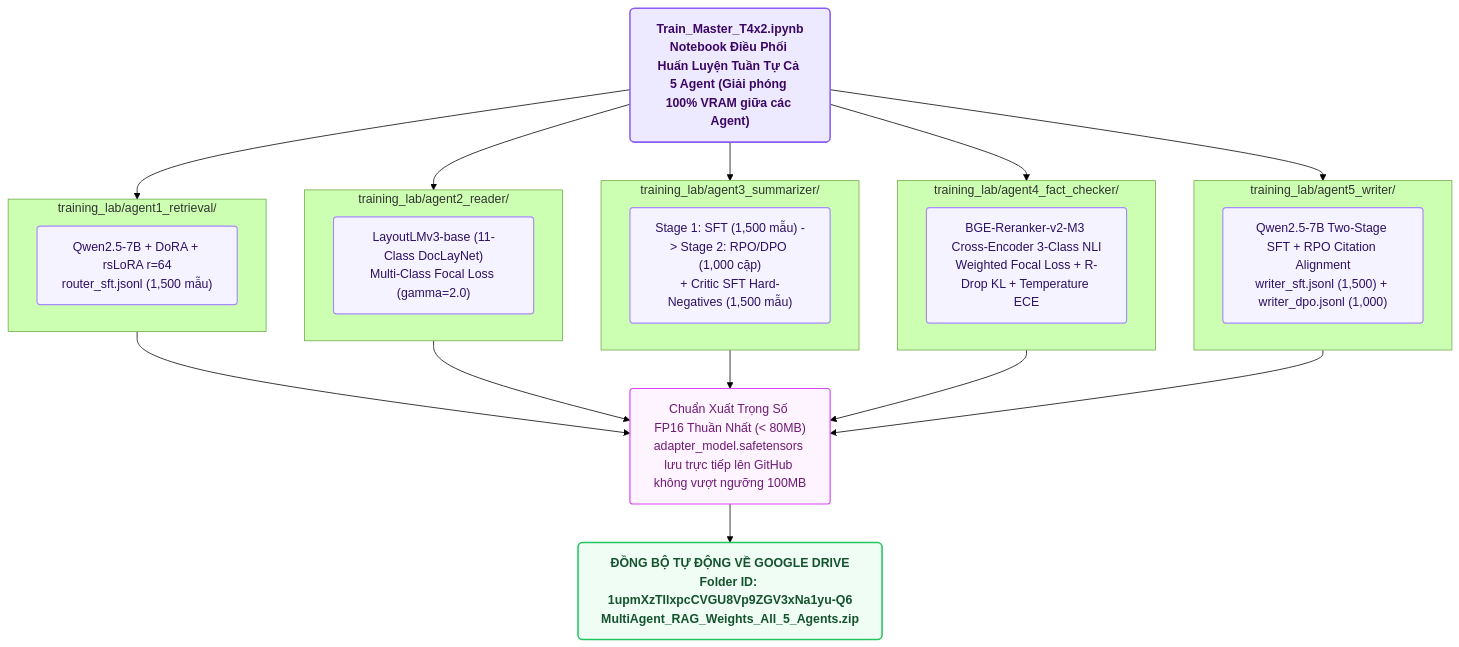
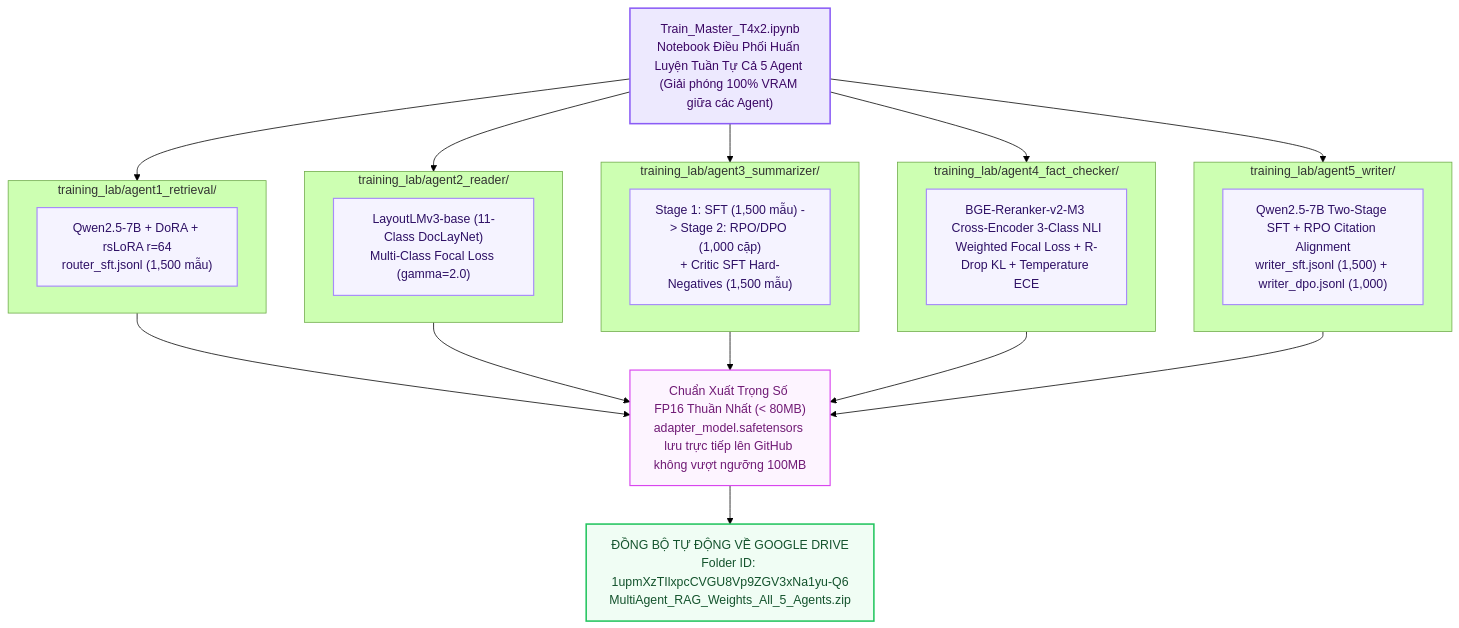
One commit to ducmanh-jr/Multi-Agent_RAG changed the diagram in reports/07_PHONG_THI_NGHIEM_TRAINING_LAB.md. Above: the diagram before and after it, drawn with Mermaid (forest theme). The commit also changed other lines of this file and 8 other files, not shown here.

Commit message:
fix(reports): resolve Mermaid syntax error (remove invalid rx/ry, clean node labels) and decouple Agent 0 from core 5-agent pipeline

````diff
--- a/reports/07_PHONG_THI_NGHIEM_TRAINING_LAB.md
+++ b/reports/07_PHONG_THI_NGHIEM_TRAINING_LAB.md
@@ -12,46 +12,51 @@
 ```mermaid
 flowchart TD
-    classDef masterNode fill:#ede9fe,stroke:#8b5cf6,stroke-width:2px,color:#3b0764,font-weight:bold,rx:6,ry:6;
-    classDef agentBox fill:#f5f3ff,stroke:#a78bfa,stroke-width:1.5px,color:#2e1065,rx:4,ry:4;
-    classDef sotaNode fill:#fdf4ff,stroke:#d946ef,stroke-width:1.5px,color:#701a75,rx:4,ry:4;
-    classDef driveNode fill:#f0fdf4,stroke:#22c55e,stroke-width:2px,color:#14532d,font-weight:bold,rx:6,ry:6;
-
-    MASTER["Train_Master_T4x2.ipynb<br/>Notebook Điều Phối Huấn Luyện Tuần Tự Cả 5 Agent (Giải phóng 100% VRAM giữa các Agent)"]:::masterNode
+    MASTER["Train_Master_T4x2.ipynb<br/>Notebook Điều Phối Huấn Luyện Tuần Tự Cả 5 Agent (Giải phóng 100% VRAM giữa các Agent)"]
 
     subgraph A1 ["training_lab/agent1_retrieval/"]
-        A1_M["Qwen2.5-7B + DoRA + rsLoRA r=64<br/>router_sft.jsonl (1,500 mẫu)"]:::agentBox
+        A1_M["Qwen2.5-7B + DoRA + rsLoRA r=64<br/>router_sft.jsonl (1,500 mẫu)"]
     end
 
     subgraph A2 ["training_lab/agent2_reader/"]
-        A2_M["LayoutLMv3-base (11-Class DocLayNet)<br/>Multi-Class Focal Loss (gamma=2.0)"]:::agentBox
+        A2_M["LayoutLMv3-base (11-Class DocLayNet)<br/>Multi-Class Focal Loss (gamma=2.0)"]
     end
 
     subgraph A3 ["training_lab/agent3_summarizer/"]
-        A3_M["Stage 1: SFT (1,500 mẫu) -> Stage 2: RPO/DPO (1,000 cặp)<br/>+ Critic SFT Hard-Negatives (1,500 mẫu)"]:::agentBox
+        A3_M["Stage 1: SFT (1,500 mẫu) -> Stage 2: RPO/DPO (1,000 cặp)<br/>+ Critic SFT Hard-Negatives (1,500 mẫu)"]
     end
 
     subgraph A4 ["training_lab/agent4_fact_checker/"]
-        A4_M["BGE-Reranker-v2-M3 Cross-Encoder 3-Class NLI<br/>Weighted Focal Loss + R-Drop KL + Temperature ECE"]:::agentBox
+        A4_M["BGE-Reranker-v2-M3 Cross-Encoder 3-Class NLI<br/>Weighted Focal Loss + R-Drop KL + Temperature ECE"]
     end
 
     subgraph A5 ["training_lab/agent5_writer/"]
-        A5_M["Qwen2.5-7B Two-Stage SFT + RPO Citation Alignment<br/>writer_sft.jsonl (1,500) + writer_dpo.jsonl (1,000)"]:::agentBox
+        A5_M["Qwen2.5-7B Two-Stage SFT + RPO Citation Alignment<br/>writer_sft.jsonl (1,500) + writer_dpo.jsonl (1,000)"]
     end
 
-    SOTA["Chuẩn Xuất Trọng Số FP16 Thuần Nhất (< 80MB)<br/>adapter_model.safetensors lưu trực tiếp lên GitHub không vượt ngưỡng 100MB"]:::sotaNode
-    DRIVE["ĐỒNG BỘ TỰ ĐỘNG VỀ GOOGLE DRIVE<br/>Folder ID: 1upmXzTIlxpcCVGU8Vp9ZGV3xNa1yu-Q6<br/>MultiAgent_RAG_Weights_All_5_Agents.zip"]:::driveNode
+    SOTA["Chuẩn Xuất Trọng Số FP16 Thuần Nhất (< 80MB)<br/>adapter_model.safetensors lưu trực tiếp lên GitHub không vượt ngưỡng 100MB"]
+    DRIVE["ĐỒNG BỘ TỰ ĐỘNG VỀ GOOGLE DRIVE<br/>Folder ID: 1upmXzTIlxpcCVGU8Vp9ZGV3xNa1yu-Q6<br/>MultiAgent_RAG_Weights_All_5_Agents.zip"]
 
     MASTER --> A1
     MASTER --> A2
     MASTER --> A3
     MASTER --> A4
     MASTER --> A5
 
     A1 --> SOTA
     A2 --> SOTA
     A3 --> SOTA
     A4 --> SOTA
     A5 --> SOTA
 
     SOTA --> DRIVE
+
+    classDef purple fill:#f5f3ff,stroke:#a78bfa,stroke-width:1.5px,color:#2e1065;
+    classDef master fill:#ede9fe,stroke:#8b5cf6,stroke-width:2px,color:#3b0764;
+    classDef sota fill:#fdf4ff,stroke:#d946ef,stroke-width:1.5px,color:#701a75;
+    classDef drive fill:#f0fdf4,stroke:#22c55e,stroke-width:2px,color:#14532d;
+
+    class MASTER master;
+    class A1_M,A2_M,A3_M,A4_M,A5_M purple;
+    class SOTA sota;
+    class DRIVE drive;
 ```
````
